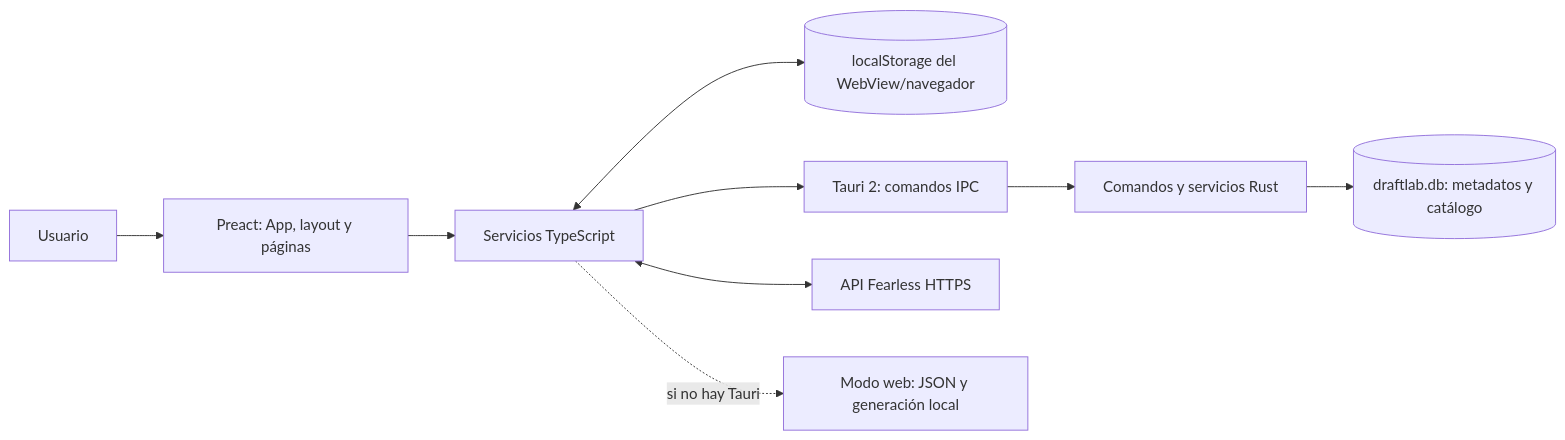
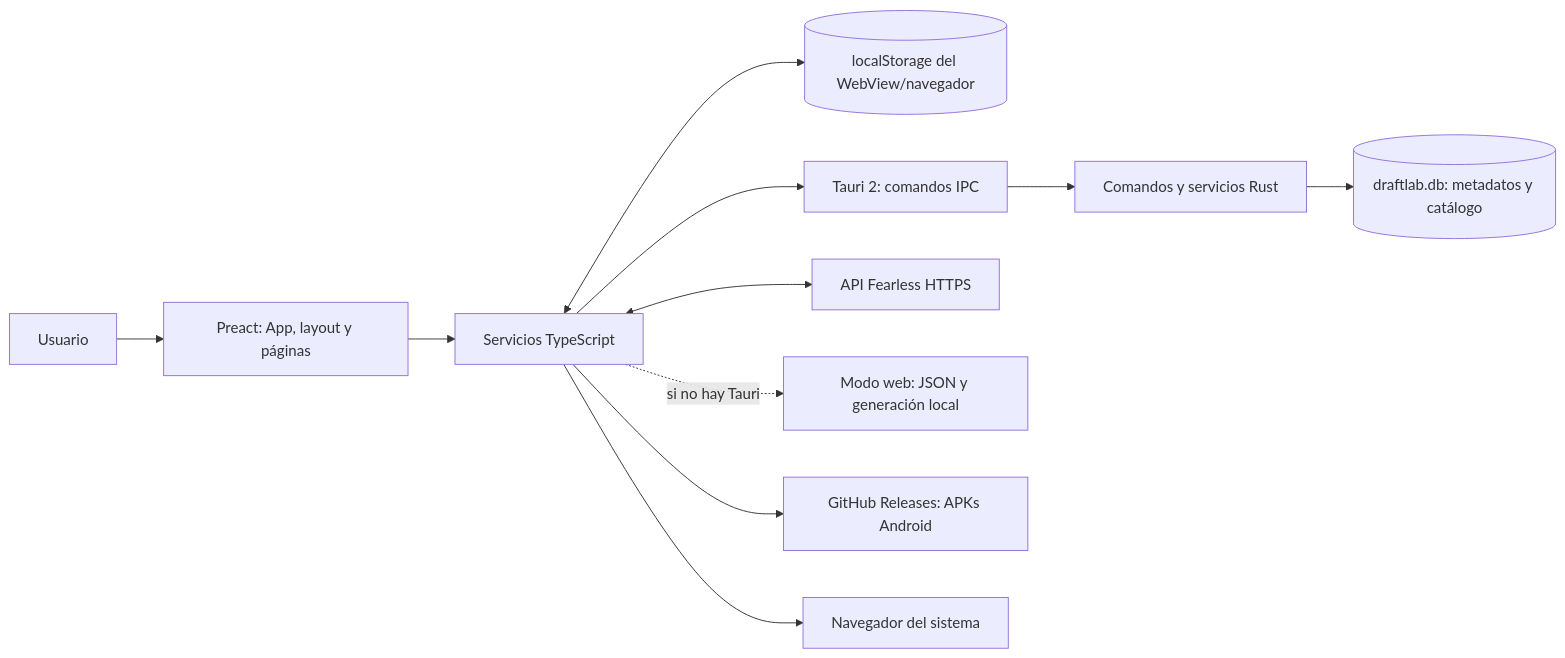
One commit to Ivimanhm/PersoBuilder changed the diagram in docs/arquitectura.md. Above: the diagram before and after it, drawn with Mermaid. The commit also changed other lines of this file and 37 other files, not shown here.

````diff
--- a/docs/arquitectura.md
+++ b/docs/arquitectura.md
@@ -14,18 +17,22 @@
 ```mermaid
 flowchart LR
   User[Usuario]
   UI[Preact: App, layout y páginas]
   Services[Servicios TypeScript]
   LS[(localStorage del WebView/navegador)]
   Tauri[Tauri 2: comandos IPC]
   Rust[Comandos y servicios Rust]
   SQLite[(draftlab.db: metadatos y catálogo)]
   API[API Fearless HTTPS]
   Web[Modo web: JSON y generación local]
+  GitHub[GitHub Releases: APKs Android]
+  Browser[Navegador del sistema]
 
   User --> UI --> Services
   Services <--> LS
   Services --> Tauri --> Rust --> SQLite
   Services <--> API
   Services -. si no hay Tauri .-> Web
+  Services --> GitHub
+  Services --> Browser
 ```
````
